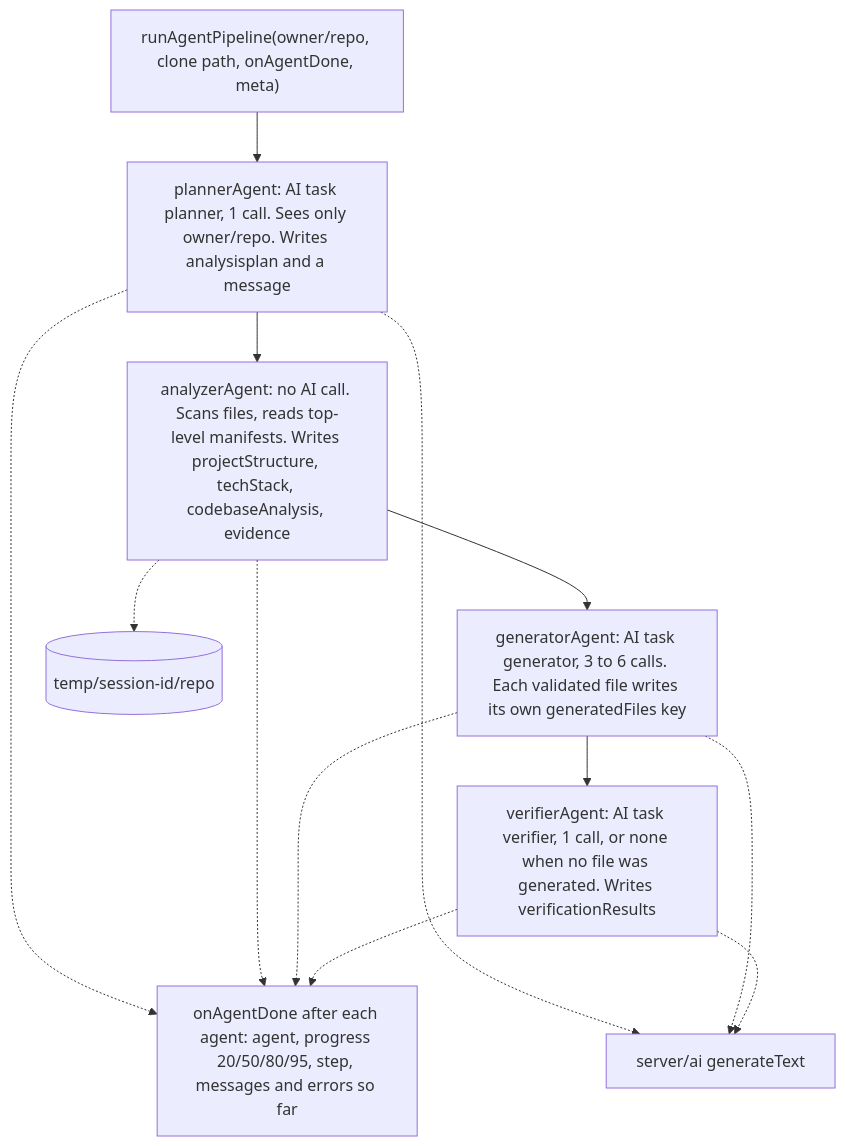
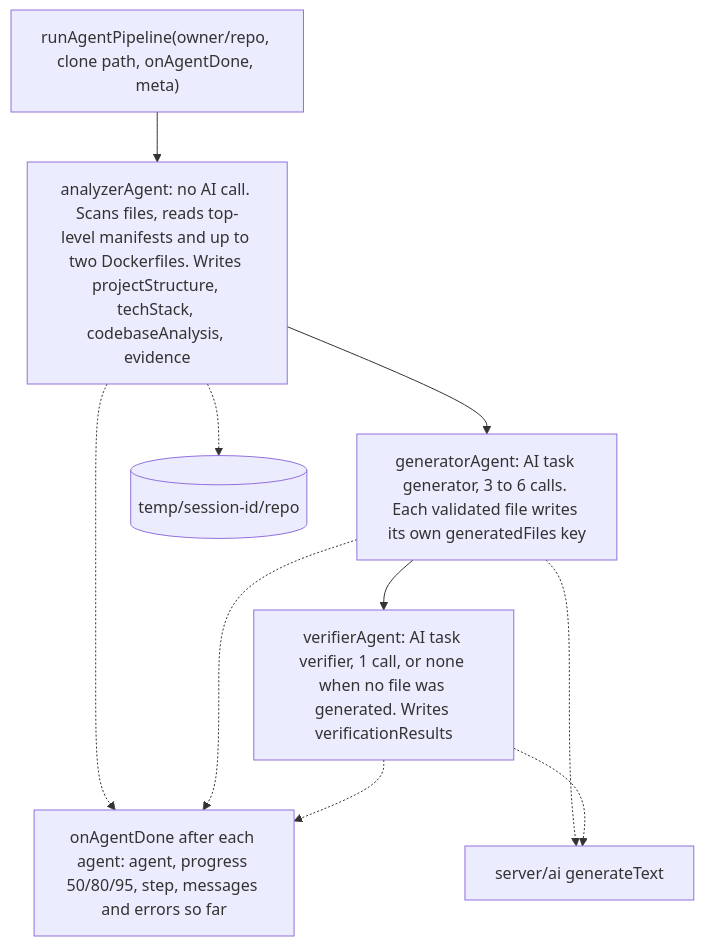
One commit to bipul724/InfraMind changed the first of 3 diagrams in README-AI-AGENTS.md. Above: the diagram before and after it, drawn with Mermaid. The commit also changed other lines of this file and 36 other files, not shown here.

First line of the commit message:
fix(agents): remove the planner, redact header/webhook/CLI credentials, detect nested Dockerfiles

````diff
--- a/README-AI-AGENTS.md
+++ b/README-AI-AGENTS.md
@@ -18,21 +18,18 @@
 ```mermaid
 flowchart TD
     Start["runAgentPipeline(owner/repo, clone path, onAgentDone, meta)"]
-    Planner["plannerAgent: AI task planner, 1 call. Sees only owner/repo. Writes analysisplan and a message"]
-    Analyzer["analyzerAgent: no AI call. Scans files, reads top-level manifests. Writes projectStructure, techStack, codebaseAnalysis, evidence"]
+    Analyzer["analyzerAgent: no AI call. Scans files, reads top-level manifests and up to two Dockerfiles. Writes projectStructure, techStack, codebaseAnalysis, evidence"]
     Generator["generatorAgent: AI task generator, 3 to 6 calls. Each validated file writes its own generatedFiles key"]
     Verifier["verifierAgent: AI task verifier, 1 call, or none when no file was generated. Writes verificationResults"]
-    Report["onAgentDone after each agent: agent, progress 20/50/80/95, step, messages and errors so far"]
+    Report["onAgentDone after each agent: agent, progress 50/80/95, step, messages and errors so far"]
     AI["server/ai generateText"]
     Files[("temp/session-id/repo")]
 
-    Start --> Planner --> Analyzer --> Generator --> Verifier
-    Planner -.-> Report
+    Start --> Analyzer --> Generator --> Verifier
     Analyzer -.-> Report
     Generator -.-> Report
     Verifier -.-> Report
-    Planner -.-> AI
     Generator -.-> AI
     Verifier -.-> AI
     Analyzer -.-> Files
 ```
````
